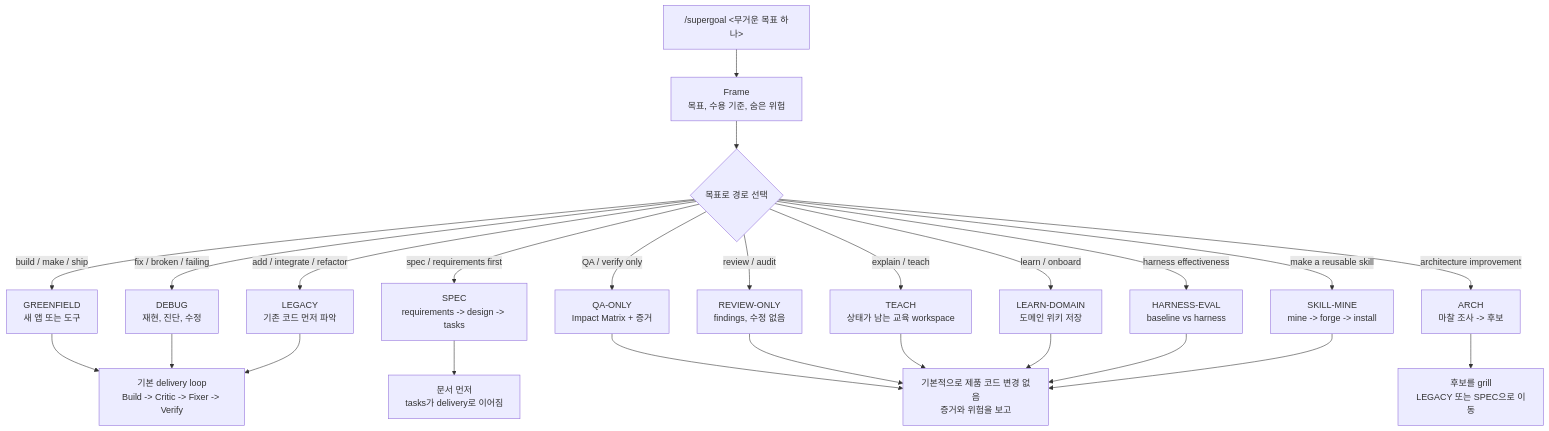
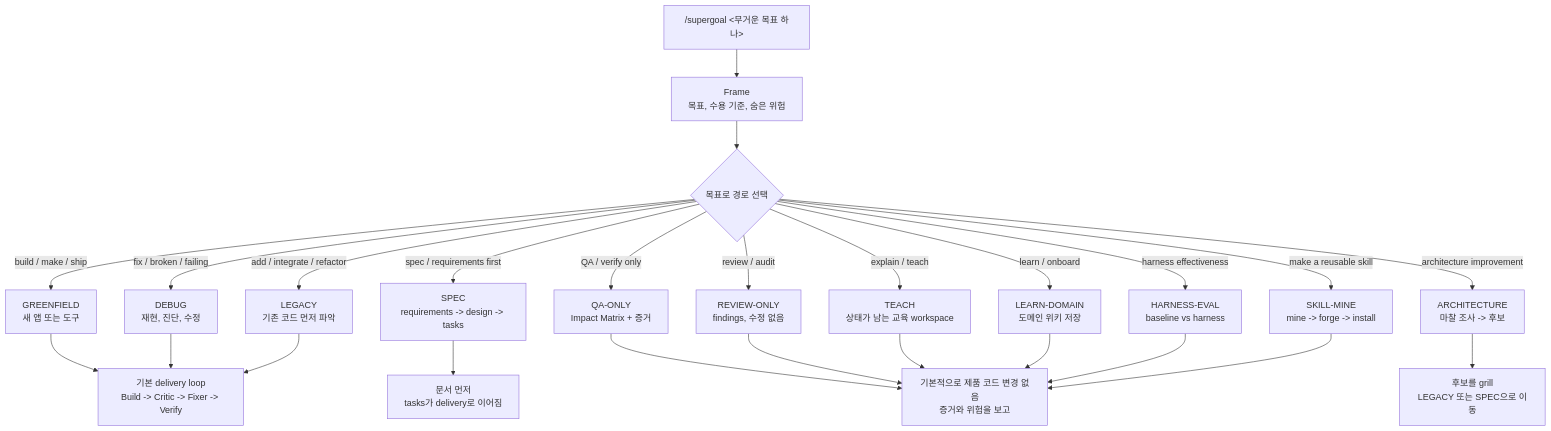
Before and after one commit to cskwork/supergoal-skill: the diagram in README.ko.md, drawn with Mermaid. The commit also changed other lines of this file and 7 other files, not shown here.

First line of the commit message:
refactor: rename mode ARCH -> ARCHITECTURE for clarity

````diff
--- a/README.ko.md
+++ b/README.ko.md
@@ -60,31 +60,31 @@
 ```mermaid
 flowchart TD
     A["/supergoal <무거운 목표 하나>"] --> B["Frame<br/>목표, 수용 기준, 숨은 위험"]
     B --> C{"목표로 경로 선택"}
 
     C -->|"build / make / ship"| GREENFIELD["GREENFIELD<br/>새 앱 또는 도구"]
     C -->|"fix / broken / failing"| DEBUG["DEBUG<br/>재현, 진단, 수정"]
     C -->|"add / integrate / refactor"| LEGACY["LEGACY<br/>기존 코드 먼저 파악"]
     C -->|"spec / requirements first"| SPEC["SPEC<br/>requirements -> design -> tasks"]
     C -->|"QA / verify only"| QAONLY["QA-ONLY<br/>Impact Matrix + 증거"]
     C -->|"review / audit"| REVIEW["REVIEW-ONLY<br/>findings, 수정 없음"]
-    C -->|"architecture improvement"| ARCH["ARCH<br/>마찰 조사 -> 후보"]
+    C -->|"architecture improvement"| ARCHITECTURE["ARCHITECTURE<br/>마찰 조사 -> 후보"]
     C -->|"explain / teach"| TEACH["TEACH<br/>상태가 남는 교육 workspace"]
     C -->|"learn / onboard"| LEARN["LEARN-DOMAIN<br/>도메인 위키 저장"]
     C -->|"harness effectiveness"| HARNESS["HARNESS-EVAL<br/>baseline vs harness"]
     C -->|"make a reusable skill"| SKILLMINE["SKILL-MINE<br/>mine -> forge -> install"]
 
     GREENFIELD --> LOOP["기본 delivery loop<br/>Build -> Critic -> Fixer -> Verify"]
     DEBUG --> LOOP
     LEGACY --> LOOP
 
     SPEC --> DOCS["문서 먼저<br/>tasks가 delivery로 이어짐"]
-    ARCH --> PICK["후보를 grill<br/>LEGACY 또는 SPEC으로 이동"]
+    ARCHITECTURE --> PICK["후보를 grill<br/>LEGACY 또는 SPEC으로 이동"]
 
     QAONLY --> REPORT["기본적으로 제품 코드 변경 없음<br/>증거와 위험을 보고"]
     REVIEW --> REPORT
     TEACH --> REPORT
     LEARN --> REPORT
     HARNESS --> REPORT
     SKILLMINE --> REPORT
 ```
````
